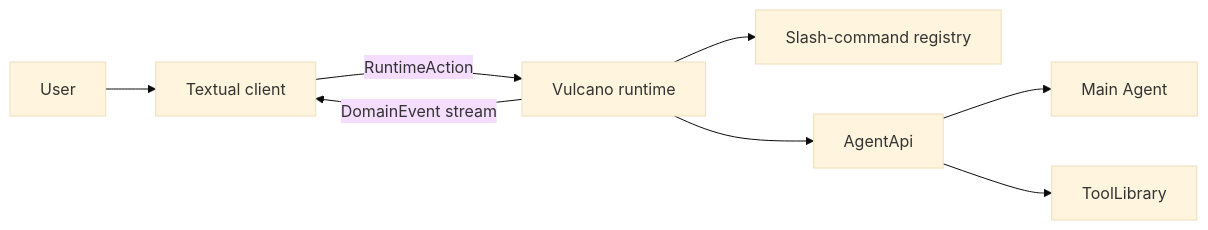
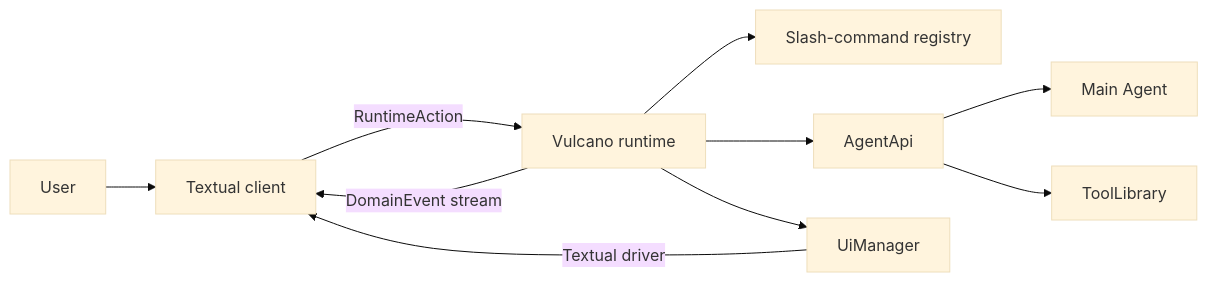
Before and after one commit to msgflux/msgflux: the diagram in docs/learn/vulcano.md, drawn with Mermaid (base theme). The commit also changed other lines of this file and 13 other files, not shown here.

````diff
--- a/docs/learn/vulcano.md
+++ b/docs/learn/vulcano.md
@@ -11,10 +11,12 @@
 ```mermaid
 flowchart LR
     User --> TUI[Textual client]
     TUI -->|RuntimeAction| Runtime[Vulcano runtime]
     Runtime -->|DomainEvent stream| TUI
     Runtime --> Commands[Slash-command registry]
     Runtime --> AgentApi[AgentApi]
+    Runtime --> UiManager[UiManager]
     AgentApi --> Agent[Main Agent]
     AgentApi --> Tools[ToolLibrary]
+    UiManager -->|Textual driver| TUI
 ```
````
